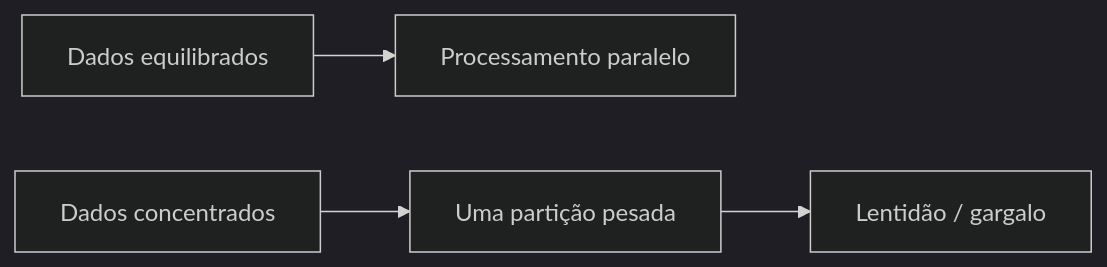
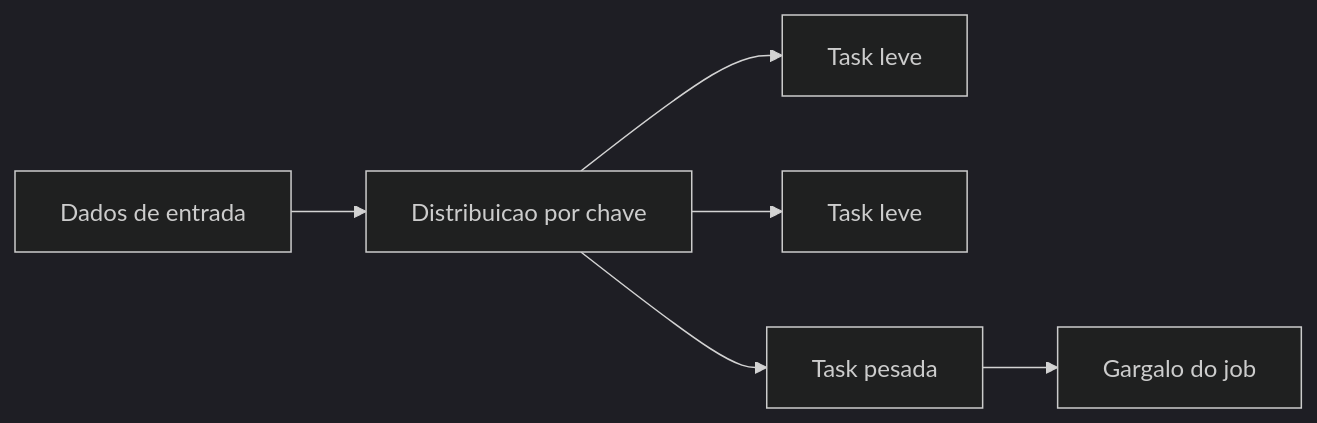
Before and after one commit to Ito-Santana/aws-dea-guia-estudos: the diagram in fundamentos-engenharia-de-dados/data-skew.md, drawn with Mermaid (dark theme). The commit also changed other lines of this file and 9 other files, not shown here.

````diff
--- a/fundamentos-engenharia-de-dados/data-skew.md
+++ b/fundamentos-engenharia-de-dados/data-skew.md
@@ -31,6 +47,8 @@
-<div class="mermaid">
+```mermaid
 flowchart LR
-    A[Dados equilibrados] --> B[Processamento paralelo]
-    C[Dados concentrados] --> D[Uma partição pesada]
-    D --> E[Lentidão / gargalo]
-</div>
+    A[Dados de entrada] --> B[Distribuicao por chave]
+    B --> C1[Task leve]
+    B --> C2[Task leve]
+    B --> C3[Task pesada]
+    C3 --> D[Gargalo do job]
+```
````
